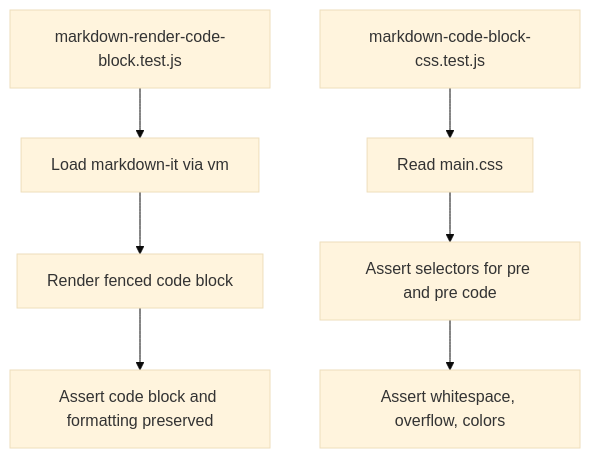
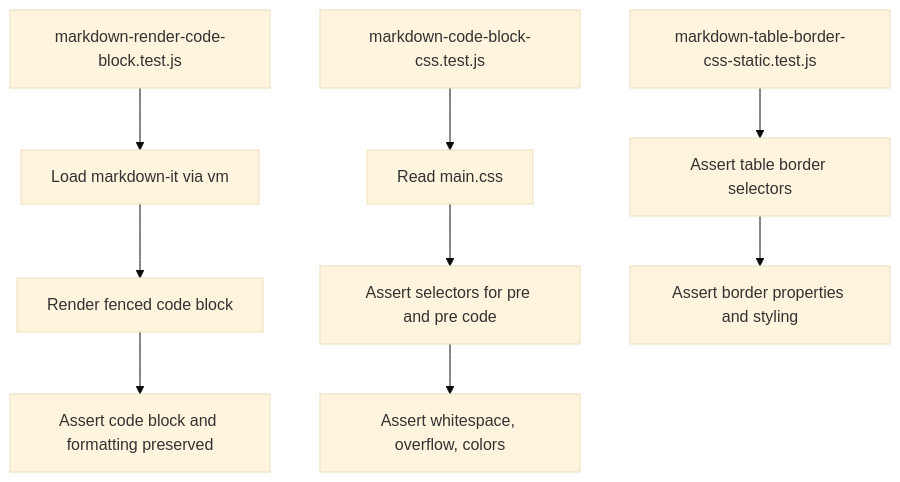
The sixth of 11 diagrams in .qoder/repowiki/en/content/Testing and Quality Assurance.md (pingwurth/code-to-uml), drawn with Mermaid (base theme) before and after one commit. The commit also changed other lines of this file and 21 other files, not shown here.

Commit message:
chore(docs): 删除 Code-To-UML 介绍文档

````diff
--- a/.qoder/repowiki/en/content/Testing and Quality Assurance.md
+++ b/.qoder/repowiki/en/content/Testing and Quality Assurance.md
@@ -268,9 +361,11 @@
 ```mermaid
 flowchart TD
 MDTest["markdown-render-code-block.test.js"] --> LoadMD["Load markdown-it via vm"]
 LoadMD --> Render["Render fenced code block"]
 Render --> AssertFmt["Assert code block and formatting preserved"]
 CSSTest["markdown-code-block-css.test.js"] --> ReadCSS["Read main.css"]
 ReadCSS --> Selectors["Assert selectors for pre and pre code"]
 Selectors --> AssertProps["Assert whitespace, overflow, colors"]
+TableCSS["markdown-table-border-css-static.test.js"] --> TableSelectors["Assert table border selectors"]
+TableSelectors --> TableProps["Assert border properties and styling"]
 ```
````
